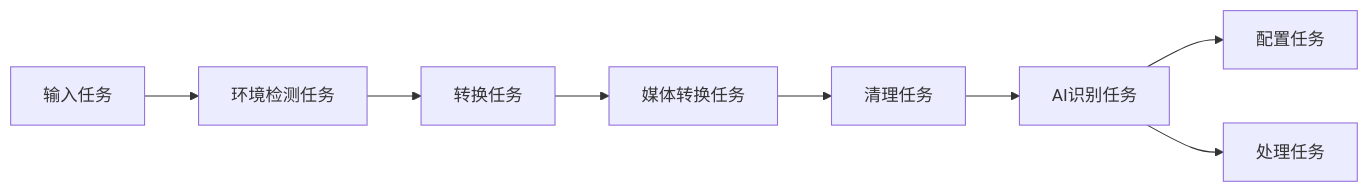
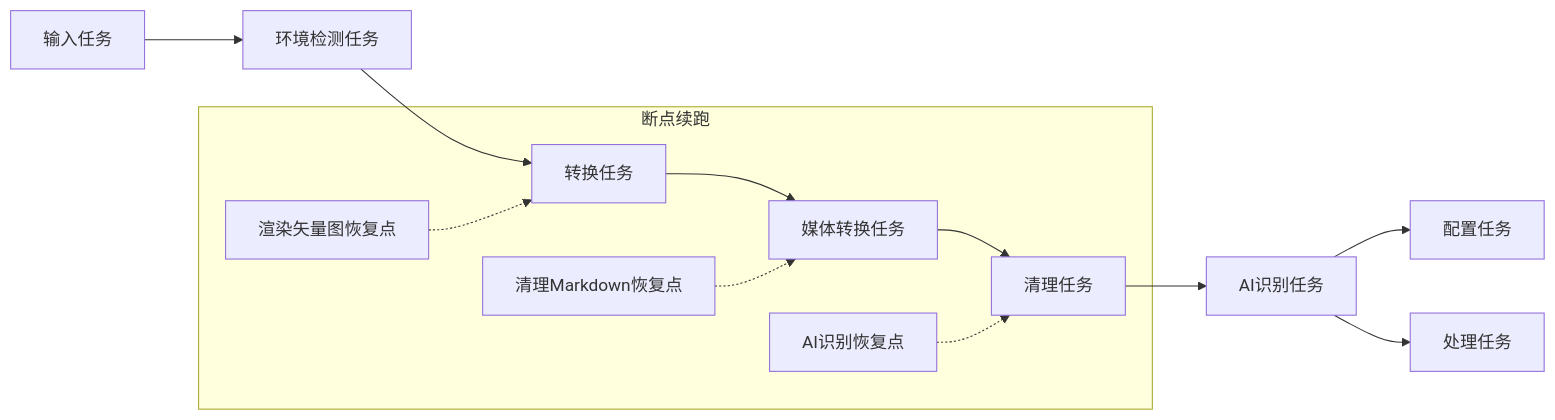
Before and after one commit to hllshiro/doc2md-cli: the third of 4 diagrams in .qoder/repowiki/zh/content/核心架构设计/任务系统架构.md, drawn with Mermaid. The commit also changed other lines of this file and 3 other files, not shown here.

````diff
--- a/.qoder/repowiki/zh/content/核心架构设计/任务系统架构.md
+++ b/.qoder/repowiki/zh/content/核心架构设计/任务系统架构.md
@@ -214,10 +245,15 @@
 ```mermaid
 graph LR
 A["输入任务"] --> B["环境检测任务"]
 B --> C["转换任务"]
 C --> D["媒体转换任务"]
 D --> E["清理任务"]
 E --> F["AI识别任务"]
 F --> F1["配置任务"]
 F --> F2["处理任务"]
+subgraph "断点续跑"
+P1["渲染矢量图恢复点"] -.-> C
+P2["清理Markdown恢复点"] -.-> D
+P3["AI识别恢复点"] -.-> E
+end
 ```
````
